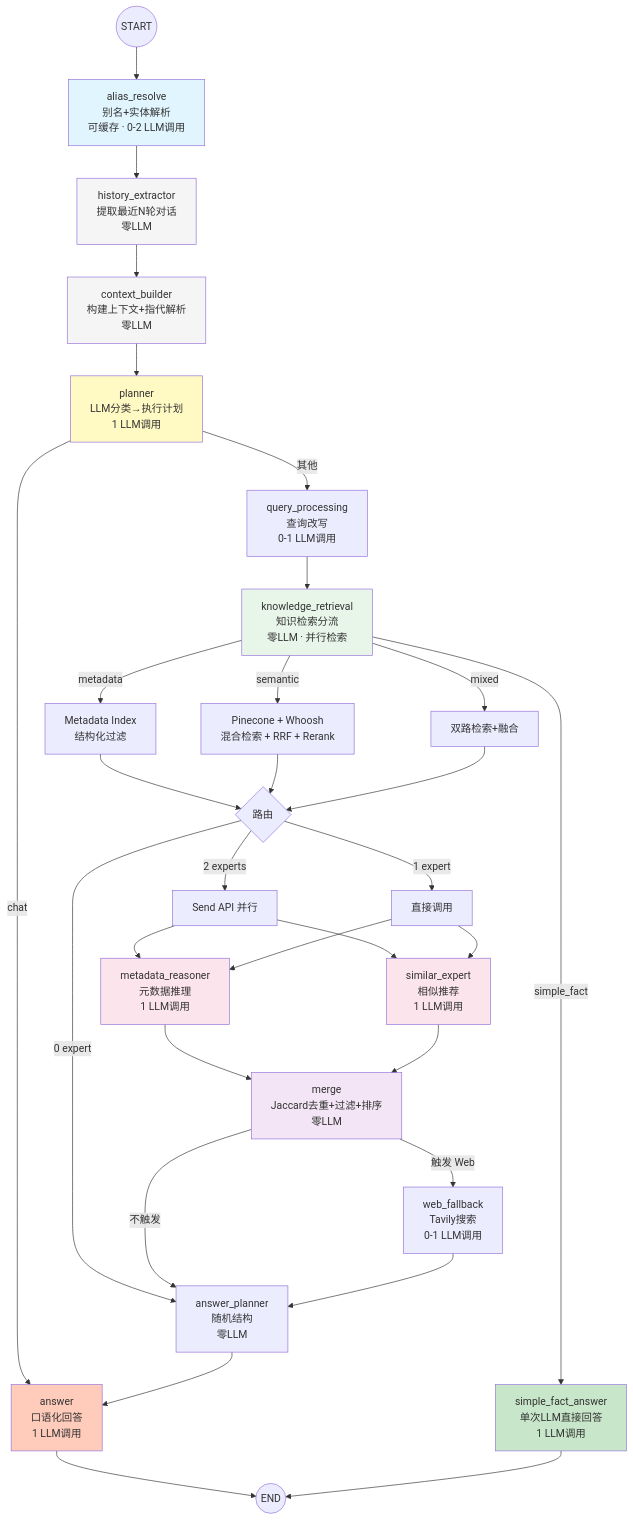
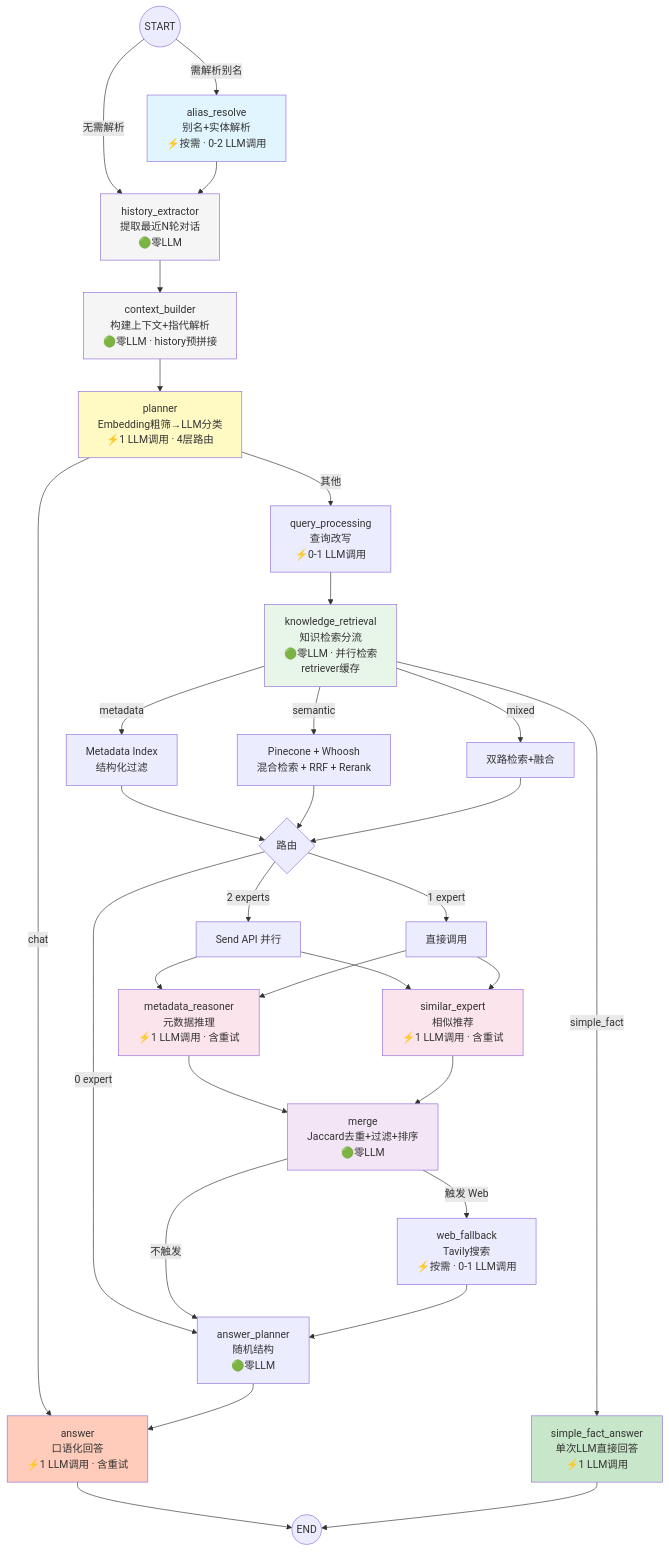
Before and after one commit to AKArrok/AniGraph: the fourth of 5 diagrams in .trae/documents/project-summary.md, drawn with Mermaid. The commit also changed other lines of this file and 16 other files, not shown here.

````diff
--- a/.trae/documents/project-summary.md
+++ b/.trae/documents/project-summary.md
@@ -319,53 +355,54 @@
 ```mermaid
 graph TD
-    START((START)) --> alias["alias_resolve<br/>别名+实体解析<br/>可缓存 · 0-2 LLM调用"]
-    alias --> hist["history_extractor<br/>提取最近N轮对话<br/>零LLM"]
-    hist --> ctx["context_builder<br/>构建上下文+指代解析<br/>零LLM"]
-    ctx --> planner["planner<br/>LLM分类→执行计划<br/>1 LLM调用"]
+    START((START)) -->|需解析别名| alias["alias_resolve<br/>别名+实体解析<br/>⚡按需 · 0-2 LLM调用"]
+    START -->|无需解析| hist["history_extractor<br/>提取最近N轮对话<br/>🟢零LLM"]
+    alias --> hist
+    hist --> ctx["context_builder<br/>构建上下文+指代解析<br/>🟢零LLM · history预拼接"]
+    ctx --> planner["planner<br/>Embedding粗筛→LLM分类<br/>⚡1 LLM调用 · 4层路由"]
     planner -->|chat| answer
-    planner -->|其他| qp["query_processing<br/>查询改写<br/>0-1 LLM调用"]
+    planner -->|其他| qp["query_processing<br/>查询改写<br/>⚡0-1 LLM调用"]
 
-    qp --> kr["knowledge_retrieval<br/>知识检索分流<br/>零LLM · 并行检索"]
+    qp --> kr["knowledge_retrieval<br/>知识检索分流<br/>🟢零LLM · 并行检索<br/>retriever缓存"]
 
-    kr -->|simple_fact| sf["simple_fact_answer<br/>单次LLM直接回答<br/>1 LLM调用"]
+    kr -->|simple_fact| sf["simple_fact_answer<br/>单次LLM直接回答<br/>⚡1 LLM调用"]
 
     kr -->|metadata| mi[Metadata Index<br/>结构化过滤]
     kr -->|semantic| pc[Pinecone + Whoosh<br/>混合检索 + RRF + Rerank]
     kr -->|mixed| both[双路检索+融合]
 
     mi --> route{路由}
     pc --> route
     both --> route
 
-    route -->|0 expert| ap["answer_planner<br/>随机结构<br/>零LLM"]
+    route -->|0 expert| ap["answer_planner<br/>随机结构<br/>🟢零LLM"]
     route -->|1 expert| expert_direct[直接调用]
     route -->|2 experts| parallel["Send API 并行"]
 
-    parallel --> mr["metadata_reasoner<br/>元数据推理<br/>1 LLM调用"]
-    parallel --> se["similar_expert<br/>相似推荐<br/>1 LLM调用"]
+    parallel --> mr["metadata_reasoner<br/>元数据推理<br/>⚡1 LLM调用 · 含重试"]
+    parallel --> se["similar_expert<br/>相似推荐<br/>⚡1 LLM调用 · 含重试"]
     expert_direct --> mr
     expert_direct --> se
 
-    mr --> merge["merge<br/>Jaccard去重+过滤+排序<br/>零LLM"]
+    mr --> merge["merge<br/>Jaccard去重+过滤+排序<br/>🟢零LLM"]
     se --> merge
 
-    merge -->|触发 Web| wf["web_fallback<br/>Tavily搜索<br/>0-1 LLM调用"]
+    merge -->|触发 Web| wf["web_fallback<br/>Tavily搜索<br/>⚡按需 · 0-1 LLM调用"]
     merge -->|不触发| ap
 
     wf --> ap
-    ap --> answer["answer<br/>口语化回答<br/>1 LLM调用"]
+    ap --> answer["answer<br/>口语化回答<br/>⚡1 LLM调用 · 含重试"]
     answer --> END((END))
 
     sf --> END
 
     style alias fill:#e1f5fe
     style hist fill:#f5f5f5
     style ctx fill:#f5f5f5
     style planner fill:#fff9c4
     style kr fill:#e8f5e9
     style sf fill:#c8e6c9
     style mr fill:#fce4ec
     style se fill:#fce4ec
     style merge fill:#f3e5f5
     style answer fill:#ffccbc
 ```
````
